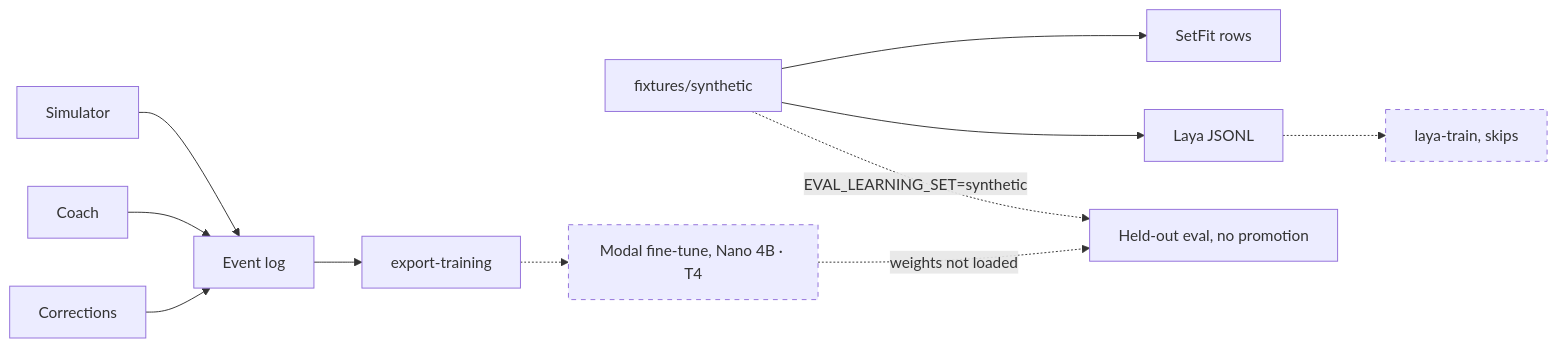
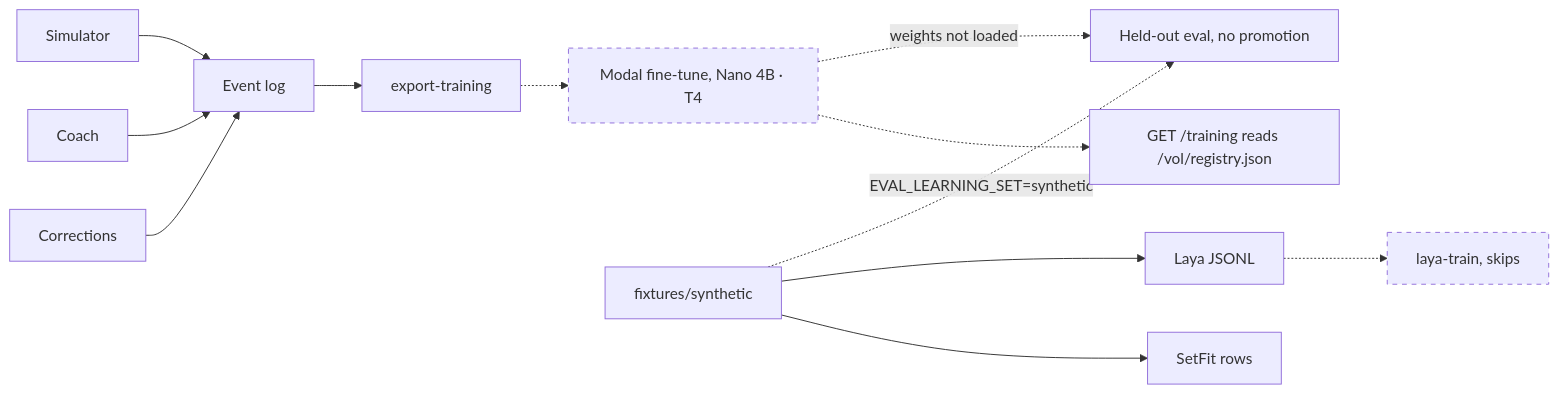
Before and after one commit to melaniepreen/Baan-Safe: the second of 2 diagrams in README.md, drawn with Mermaid. The commit also changed 2 other files, not shown here.

Commit message:
docs: refresh architecture diagram (daeaad9)
Host diagram mounts baansafe-versions read-only at /vol and draws GET /training.
Caller-turn diagram unchanged. PRD records the training contract, the local
trace gap, the overfit 7-row LoRA, and the static System 2 prompt as the Task key.

````diff
--- a/README.md
+++ b/README.md
@@ -104,15 +104,16 @@
 ```mermaid
 flowchart LR
   classDef unwired stroke-dasharray: 5 5
   corrections[Corrections] --> log[Event log]
   coach[Coach] --> log
   sim[Simulator] --> log
   log --> export[export-training]
   export -.-> ft["Modal fine-tune, Nano 4B · T4"]:::unwired
+  ft -.-> page["GET /training reads /vol/registry.json"]
   synth["fixtures/synthetic"] --> setfit["SetFit rows"]
   synth --> laya["Laya JSONL"]
   laya -.-> ltrain["laya-train, skips"]:::unwired
   eval["Held-out eval, no promotion"]
   ft -.->|"weights not loaded"| eval
   synth -.->|"EVAL_LEARNING_SET=synthetic"| eval
 ```
````
